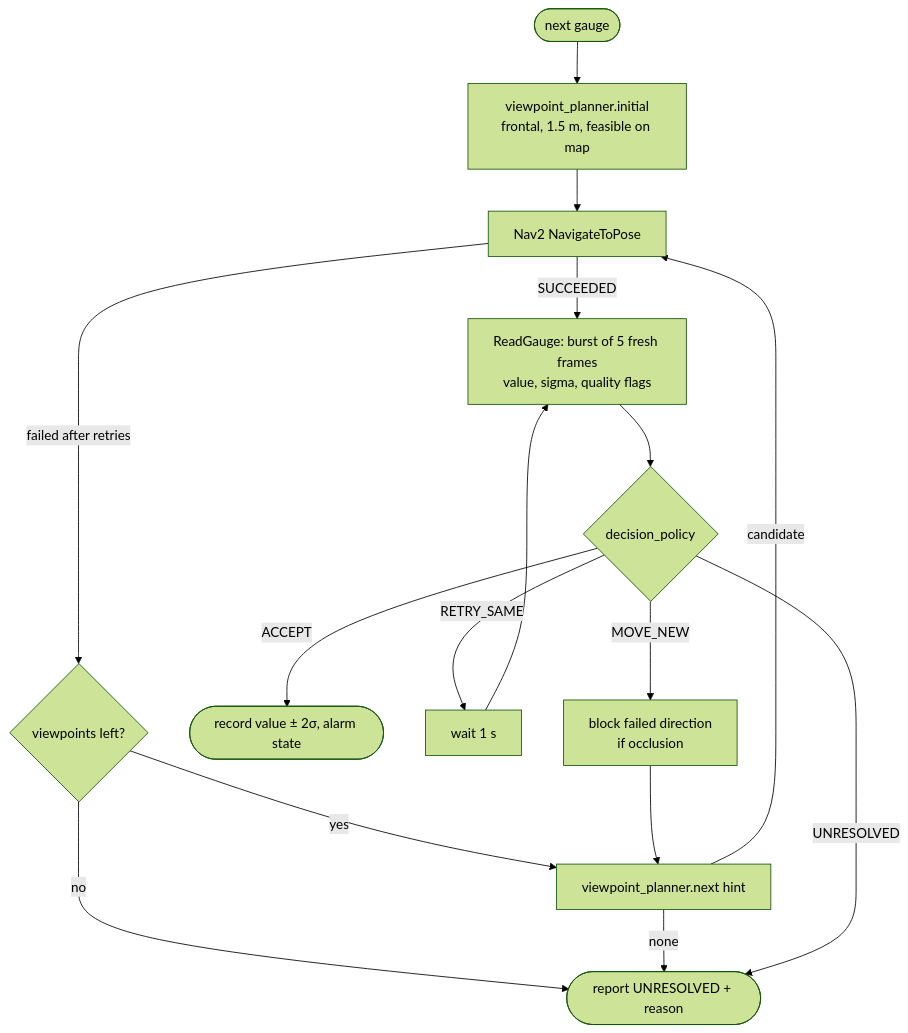
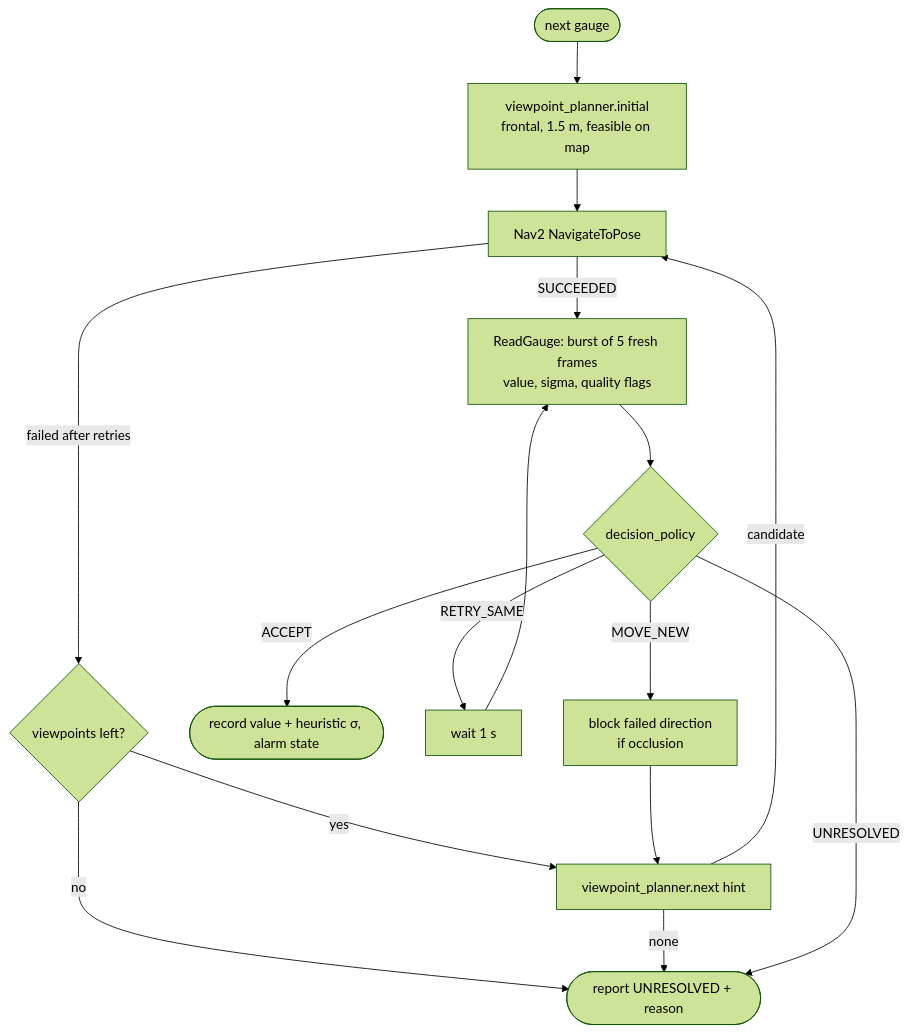
One commit to Tamer1020/InspectLoop changed the first of 2 diagrams in docs/ARCHITECTURE.md. Above: the diagram before and after it, drawn with Mermaid (forest theme). The commit also changed other lines of this file and 50 other files, not shown here.

````diff
--- a/docs/ARCHITECTURE.md
+++ b/docs/ARCHITECTURE.md
@@ -23,16 +23,16 @@
 ```mermaid
 flowchart TD
   S([next gauge]) --> P[viewpoint_planner.initial<br/>frontal, 1.5 m, feasible on map]
   P --> N[Nav2 NavigateToPose]
   N -- failed after retries --> U1{viewpoints left?}
   U1 -- yes --> NX
   U1 -- no --> UNR
   N -- SUCCEEDED --> O[ReadGauge: burst of 5 fresh frames<br/>value, sigma, quality flags]
   O --> D{decision_policy}
-  D -- ACCEPT --> A([record value ± 2σ, alarm state])
+  D -- ACCEPT --> A([record value + heuristic σ, alarm state])
   D -- RETRY_SAME --> W[wait 1 s] --> O
   D -- MOVE_NEW --> B[block failed direction<br/>if occlusion] --> NX[viewpoint_planner.next hint]
   NX -- candidate --> N
   NX -- none --> UNR
   D -- UNRESOLVED --> UNR([report UNRESOLVED + reason])
 ```
````
